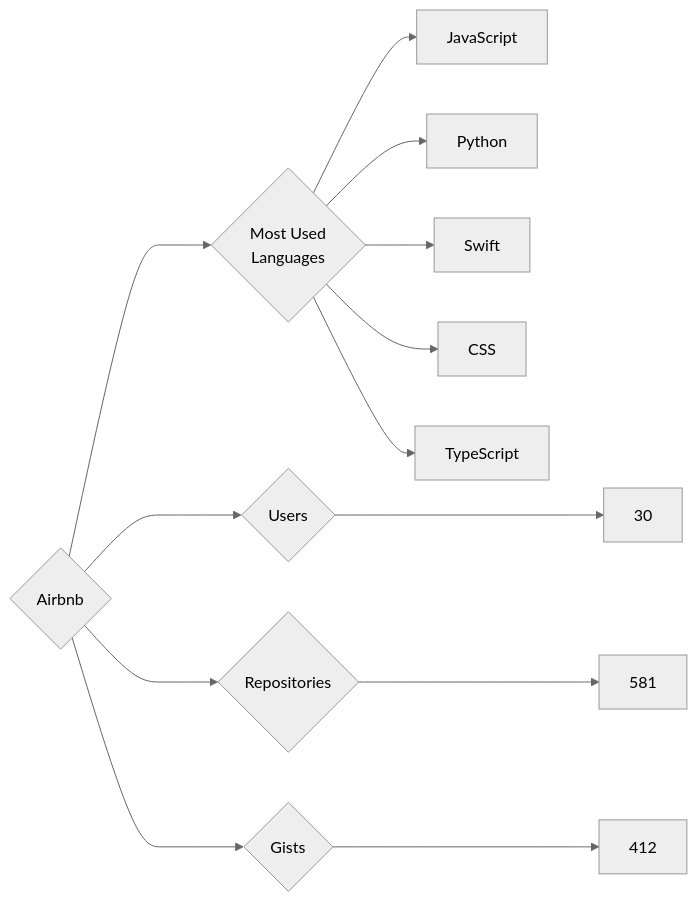
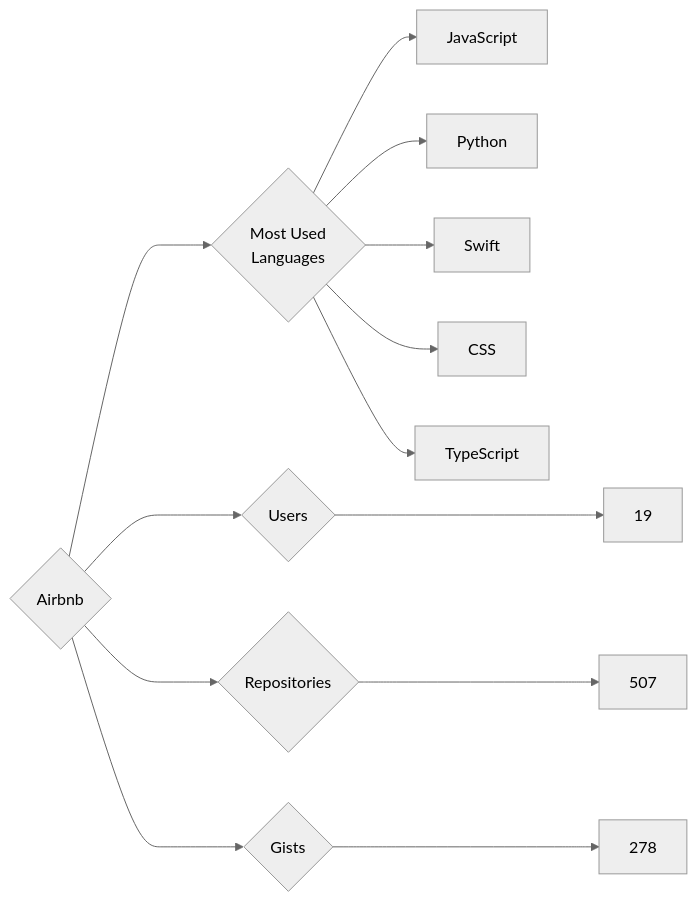
One commit to trickest/insiders changed the diagram in targets/Airbnb/README.md. Above: the diagram before and after it, drawn with Mermaid (neutral theme). The commit also changed 782 other files, not shown here.

````diff
--- a/targets/Airbnb/README.md
+++ b/targets/Airbnb/README.md
@@ -3,13 +3,13 @@
 ```mermaid
 graph LR
 COMPANY_NAME{Airbnb}
-COMPANY_NAME ---> U{Users} ---> UN[30]
-COMPANY_NAME ---> R{Repositories} ---> RN[581]
-COMPANY_NAME ---> G{Gists} ---> GN[412]
+COMPANY_NAME ---> U{Users} ---> UN[19]
+COMPANY_NAME ---> R{Repositories} ---> RN[507]
+COMPANY_NAME ---> G{Gists} ---> GN[278]
 COMPANY_NAME ---> ML{Most Used<br>Languages}
 ML --> JavaScript[JavaScript]
 ML --> Python[Python]
 ML --> Swift[Swift]
 ML --> CSS[CSS]
 ML --> TypeScript[TypeScript]
 ```
````
